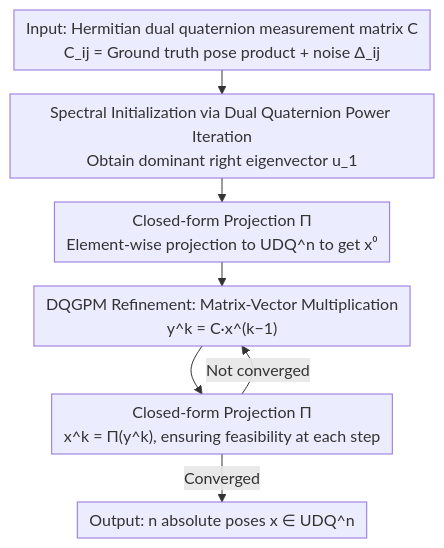
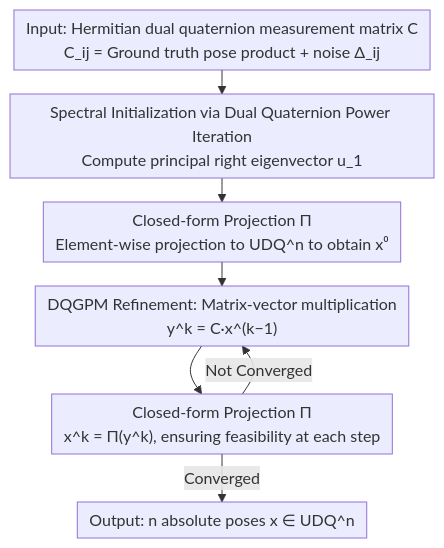
One commit to zhaoyang97/Paper-Notes-en changed the diagram in docs/ICML2026/robotics/dual_quaternion_se3_synchronization_with_recovery_guarantees.md. Above: the diagram before and after it, drawn with Mermaid. The commit also changed other lines of this file and 5084 other files, not shown here.

````diff
--- a/docs/ICML2026/robotics/dual_quaternion_se3_synchronization_with_recovery_guarantees.md
+++ b/docs/ICML2026/robotics/dual_quaternion_se3_synchronization_with_recovery_guarantees.md
@@ -47,11 +47,11 @@
 ```mermaid
 %%{init: {'flowchart': {'rankSpacing': 24, 'nodeSpacing': 28, 'padding': 6, 'wrappingWidth': 400}}}%%
 flowchart TD
     A["Input: Hermitian dual quaternion measurement matrix C<br/>C_ij = Ground truth pose product + noise Δ_ij"]
-    A --> B["Spectral Initialization via Dual Quaternion Power Iteration<br/>Obtain dominant right eigenvector u_1"]
-    B --> P1["Closed-form Projection Π<br/>Element-wise projection to UDQ^n to get x⁰"]
-    P1 --> C["DQGPM Refinement: Matrix-Vector Multiplication<br/>y^k = C·x^(k−1)"]
+    A --> B["Spectral Initialization via Dual Quaternion Power Iteration<br/>Compute principal right eigenvector u_1"]
+    B --> P1["Closed-form Projection Π<br/>Element-wise projection to UDQ^n to obtain x⁰"]
+    P1 --> C["DQGPM Refinement: Matrix-vector multiplication<br/>y^k = C·x^(k−1)"]
     C --> P2["Closed-form Projection Π<br/>x^k = Π(y^k), ensuring feasibility at each step"]
-    P2 -->|Not converged| C
+    P2 -->|Not Converged| C
     P2 -->|Converged| D["Output: n absolute poses x ∈ UDQ^n"]
 ```
````
